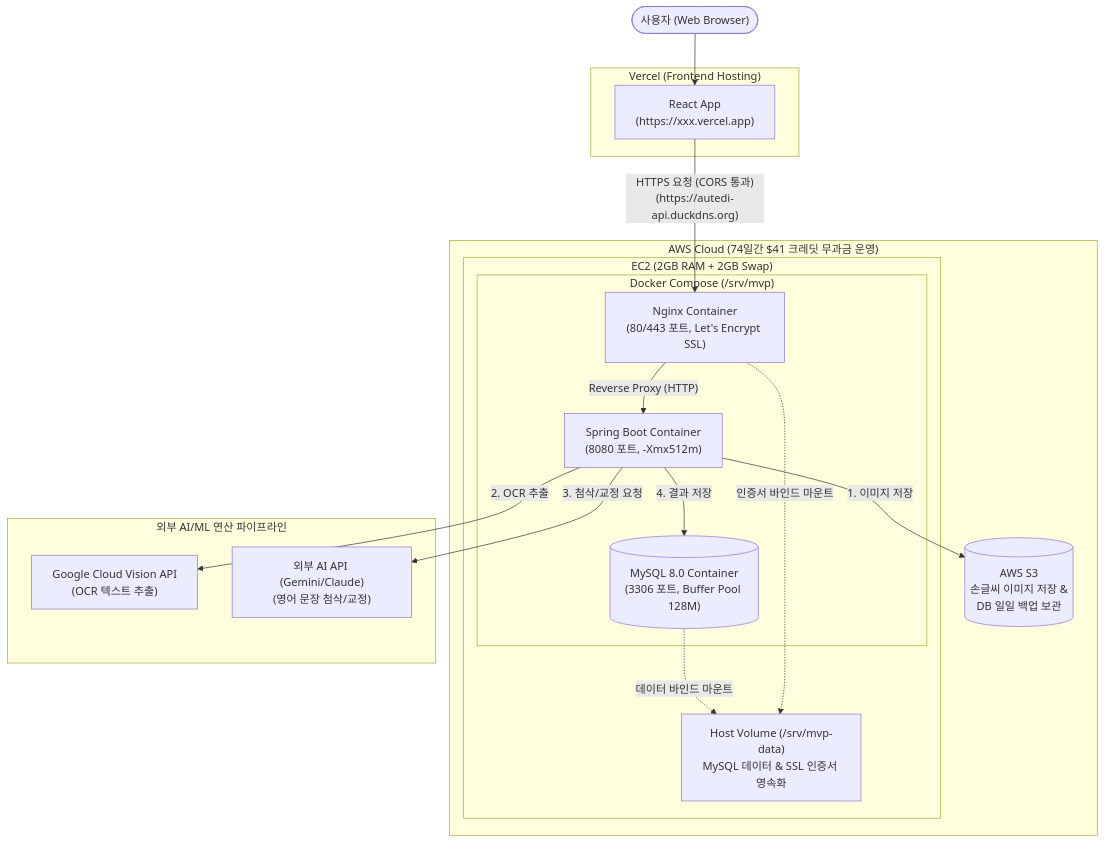
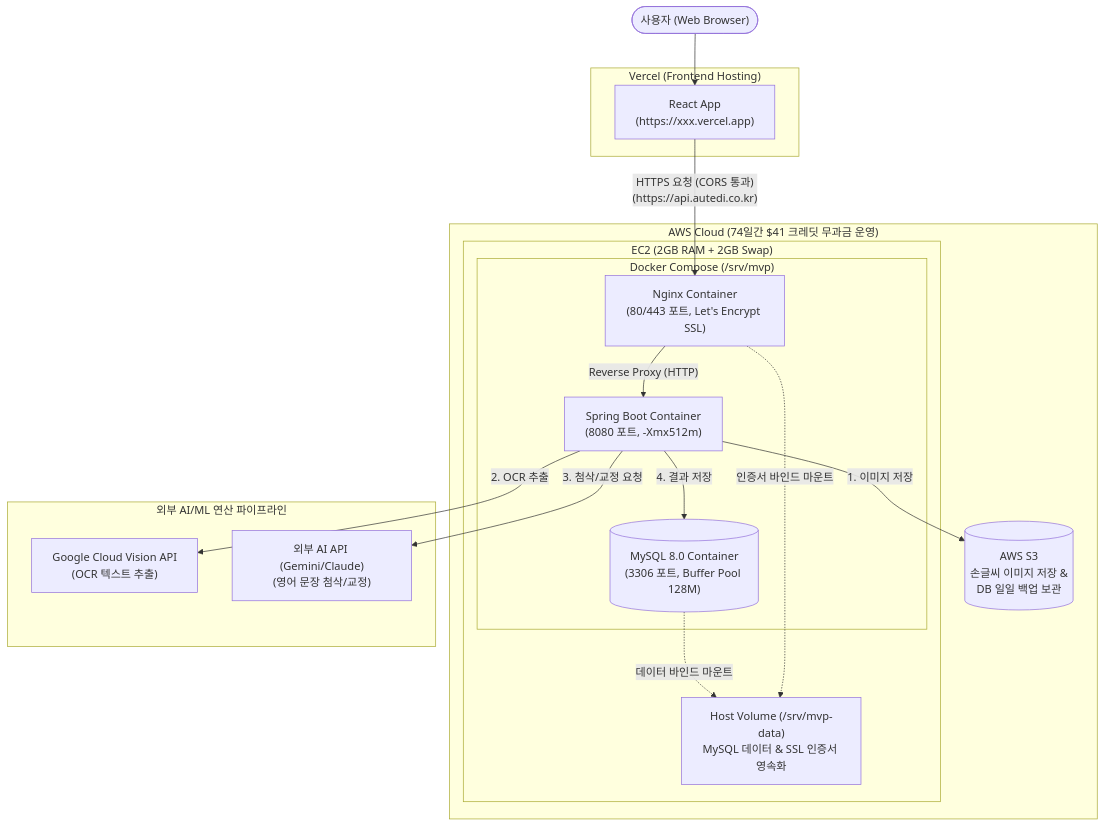
Before and after one commit to AUTEDI/AUTEDI-backend: the second of 11 diagrams in docs/DECISIONS.md, drawn with Mermaid. The commit also changed other lines of this file and 9 other files, not shown here.

First line of the commit message:
[Chore] 백엔드 도메인 이전을 위한 Nginx·CORS 설정 변경 (autedi.co.kr) (#60) (#61)

````diff
--- a/docs/DECISIONS.md
+++ b/docs/DECISIONS.md
@@ -665,36 +665,36 @@
 ```mermaid
 flowchart TB
     User(["사용자 (Web Browser)"])
 
     subgraph Vercel["Vercel (Frontend Hosting)"]
         React["React App\n(https://xxx.vercel.app)"]
     end
 
     subgraph AWS["AWS Cloud (74일간 $41 크레딧 무과금 운영)"]
         S3[("AWS S3\n손글씨 이미지 저장 &\nDB 일일 백업 보관")]
 
         subgraph EC2["EC2 (2GB RAM + 2GB Swap)"]
             subgraph Compose["Docker Compose (/srv/mvp)"]
                 Nginx["Nginx Container\n(80/443 포트, Let's Encrypt SSL)"]
                 Spring["Spring Boot Container\n(8080 포트, -Xmx512m)"]
                 MySQL[("MySQL 8.0 Container\n(3306 포트, Buffer Pool 128M)")]
             end
             Volume["Host Volume (/srv/mvp-data)\nMySQL 데이터 & SSL 인증서 영속화"]
         end
     end
 
     subgraph External["외부 AI/ML 연산 파이프라인"]
         Vision["Google Cloud Vision API\n(OCR 텍스트 추출)"]
         LLM["외부 AI API (Gemini/Claude)\n(영어 문장 첨삭/교정)"]
     end
 
     User --> React
-    React -- "HTTPS 요청 (CORS 통과)\n(https://autedi-api.duckdns.org)" --> Nginx
+    React -- "HTTPS 요청 (CORS 통과)\n(https://api.autedi.co.kr)" --> Nginx
     Nginx -- "Reverse Proxy (HTTP)" --> Spring
     Spring -- "1. 이미지 저장" --> S3
     Spring -- "2. OCR 추출" --> Vision
     Spring -- "3. 첨삭/교정 요청" --> LLM
     Spring -- "4. 결과 저장" --> MySQL
     MySQL -. "데이터 바인드 마운트" .-> Volume
     Nginx -. "인증서 바인드 마운트" .-> Volume
 ```
````
